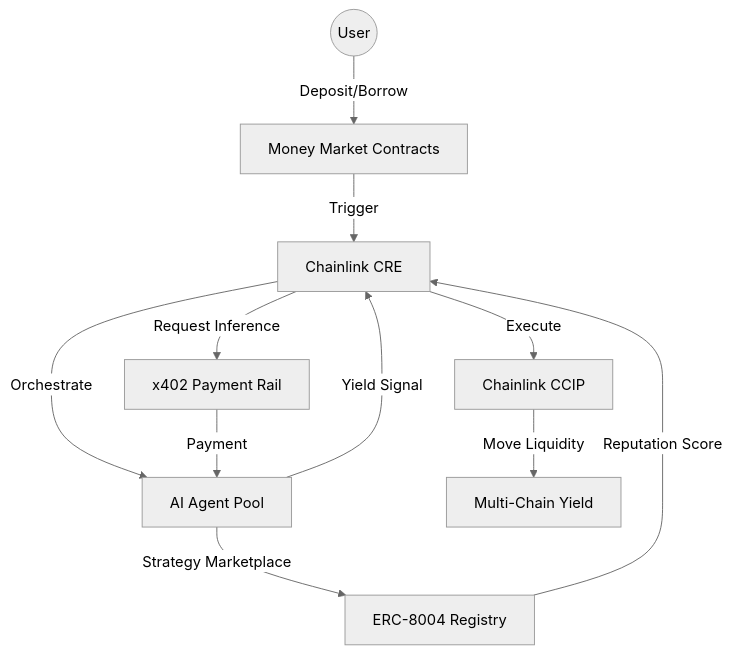
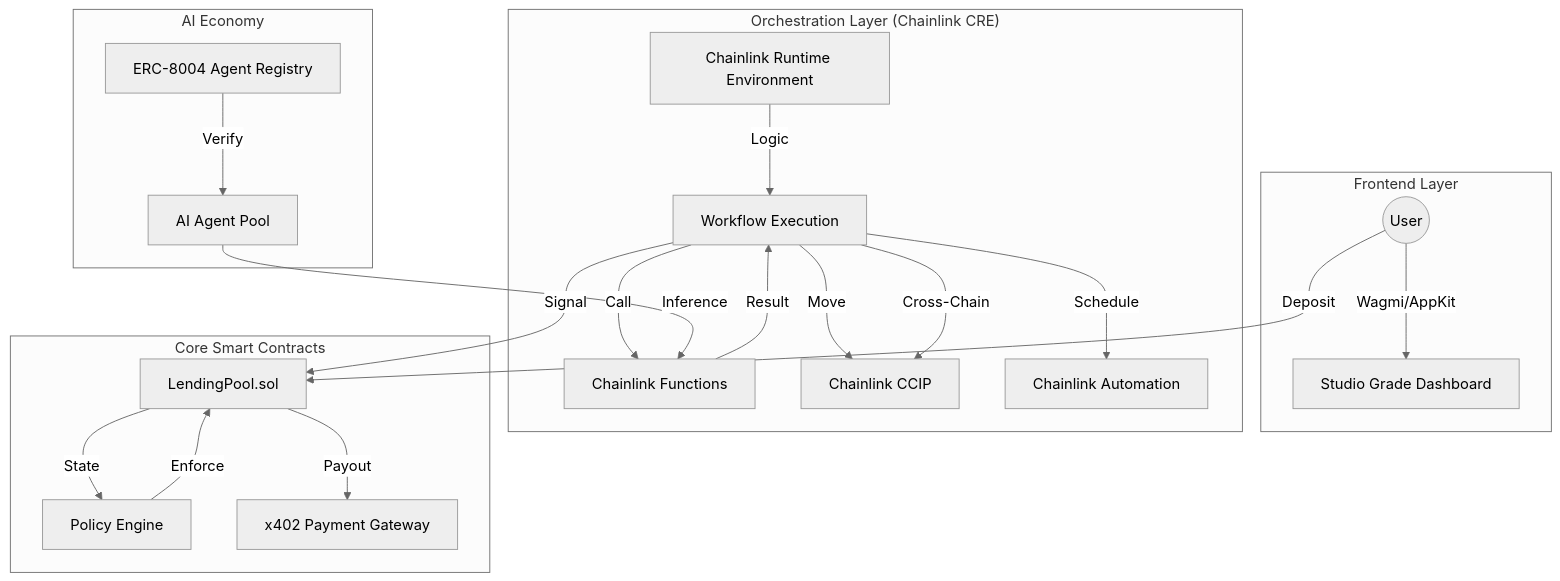
One commit to BitBand-Labs/aion-yields changed the diagram in README.md. Above: the diagram before and after it, drawn with Mermaid (neutral theme). The commit also changed other lines of this file, not shown here.

Commit message:
docs: final robust roadmap and README update for submission

````diff
--- a/README.md
+++ b/README.md
@@ -27,13 +33,29 @@
 ```mermaid
-flowchart TD
-    User((User)) -->|Deposit/Borrow| MM[Money Market Contracts]
-    MM -->|Trigger| CRE[Chainlink CRE]
-    CRE -->|Orchestrate| AI[AI Agent Pool]
-    AI -->|Strategy Marketplace| Registry[ERC-8004 Registry]
-    Registry -->|Reputation Score| CRE
-    CRE -->|Request Inference| x402[x402 Payment Rail]
-    x402 -->|Payment| AI
-    AI -->|Yield Signal| CRE
-    CRE -->|Execute| CCIP[Chainlink CCIP]
-    CCIP -->|Move Liquidity| CrossChain[Multi-Chain Yield]
+graph TD
+    subgraph "Frontend Layer"
+        User((User)) -->|Wagmi/AppKit| Dash[Studio Grade Dashboard]
+    end
+
+    subgraph "Orchestration Layer (Chainlink CRE)"
+        CRE[Chainlink Runtime Environment] -->|Logic| Exec[Workflow Execution]
+        Exec -->|Call| Fun[Chainlink Functions]
+        Exec -->|Move| CCIP[Chainlink CCIP]
+        Exec -->|Schedule| Auto[Chainlink Automation]
+    end
+
+    subgraph "Core Smart Contracts"
+        MM[LendingPool.sol] -->|State| ACE[Policy Engine]
+        ACE -->|Enforce| MM
+        MM -->|Payout| X402[x402 Payment Gateway]
+    end
+
+    subgraph "AI Economy"
+        Registry[ERC-8004 Agent Registry] -->|Verify| AI[AI Agent Pool]
+        AI -->|Inference| Fun
+    end
+
+    User -->|Deposit| MM
+    Fun -->|Result| Exec
+    Exec -->|Signal| MM
+    Exec -->|Cross-Chain| CCIP
 ```
````
